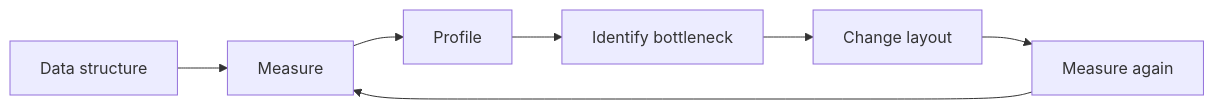
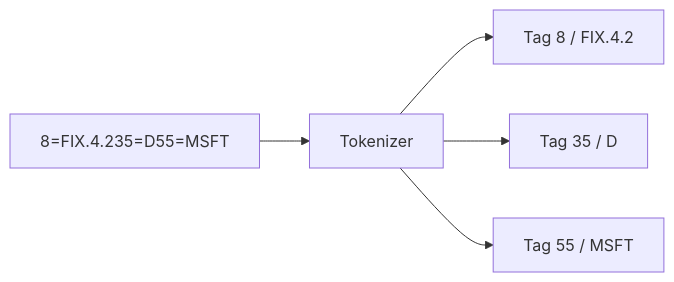
Before and after one commit to DrunkTrader/FixEngine: the second of 6 diagrams in README.md, drawn with Mermaid. The commit also changed other lines of this file, not shown here.

````diff
--- a/README.md
+++ b/README.md
@@ -381,12 +151,10 @@
 ```mermaid
 flowchart LR
-    A["Data structure"]
-    B["Measure"]
-    C["Profile"]
-    D["Identify bottleneck"]
-    E["Change layout"]
-    F["Measure again"]
 
-    A --> B --> C --> D --> E --> F
-    F --> B
+    A["8=FIX.4.2<SOH>35=D<SOH>55=MSFT<SOH>"]
+        --> B[Tokenizer]
+
+    B --> C["Tag 8 / FIX.4.2"]
+    B --> D["Tag 35 / D"]
+    B --> E["Tag 55 / MSFT"]
 ```
````
